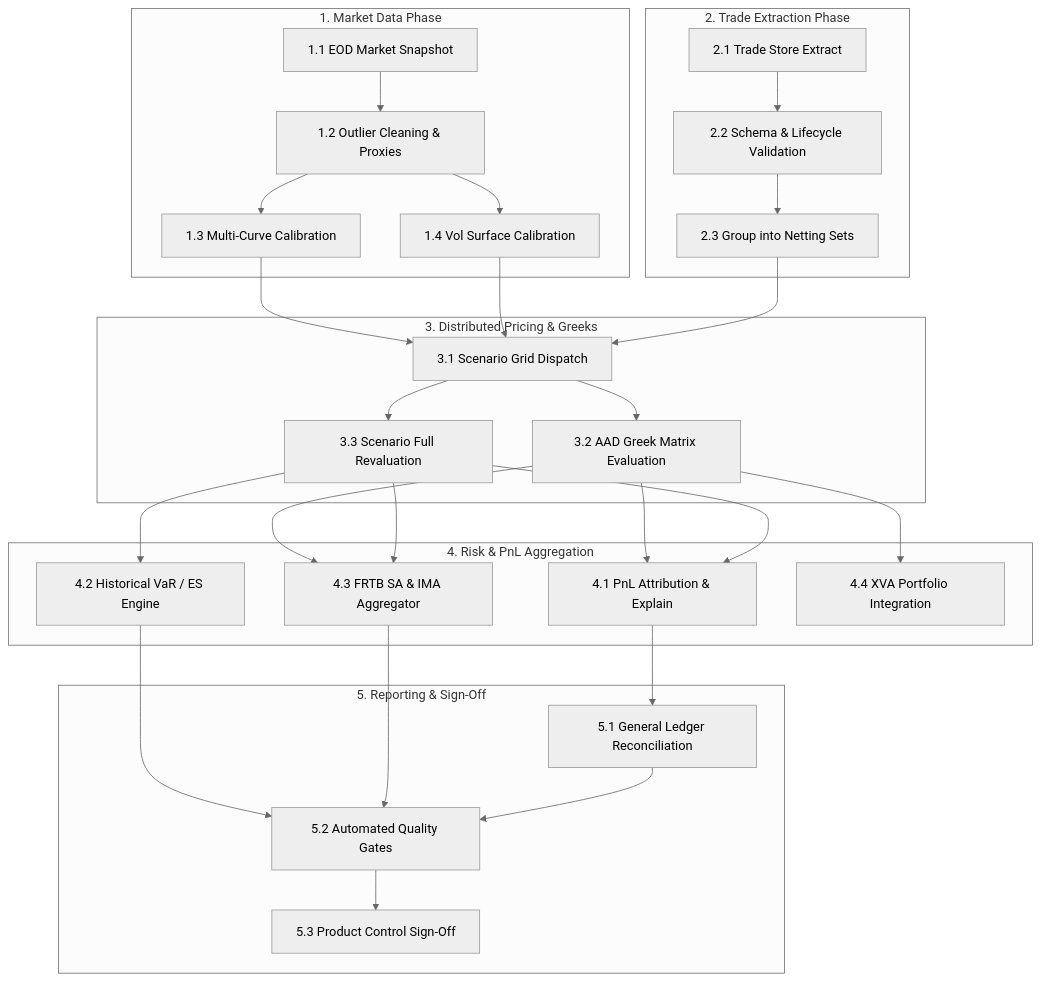
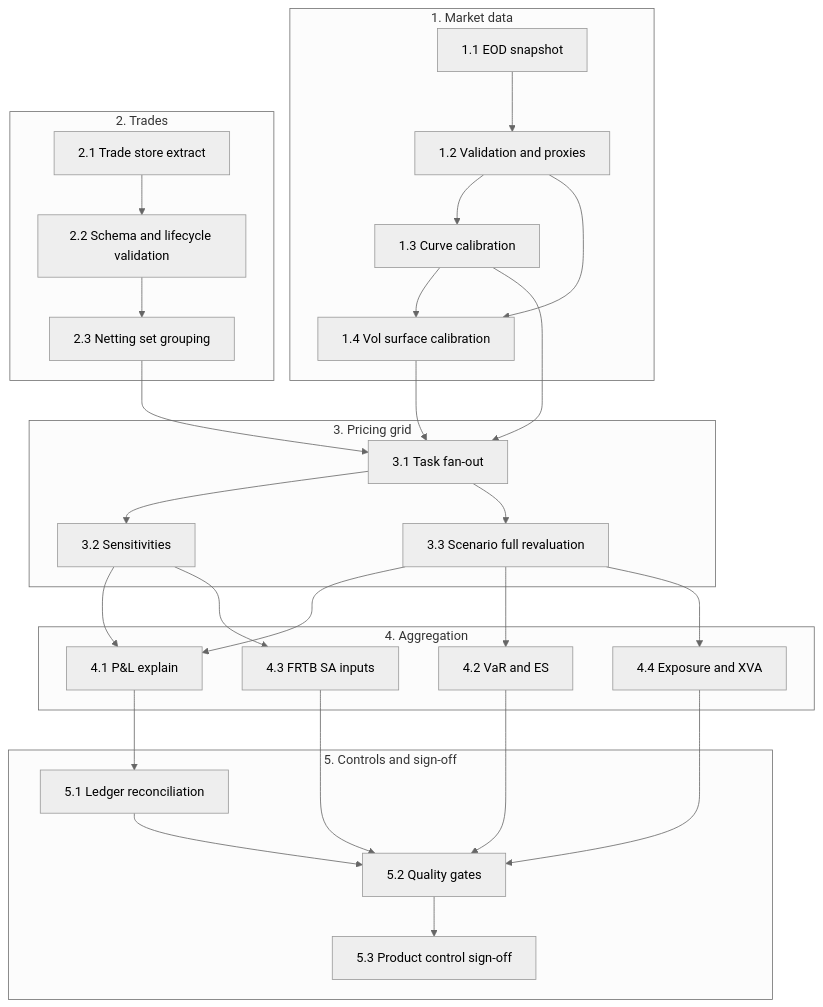
Before and after one commit to shreejitverma/The-Quant-Prep: the first of 5 diagrams in 18-Pricing-and-Risk-Systems/13-EOD-Risk-Batch.md, drawn with Mermaid (neutral theme). The commit also changed other lines of this file and 14 other files, not shown here.

First line of the commit message:
fix(pricing-and-risk-systems): verify notes 13-18 against primary sources and rebuild their checks (#70)

````diff
--- a/18-Pricing-and-Risk-Systems/13-EOD-Risk-Batch.md
+++ b/18-Pricing-and-Risk-Systems/13-EOD-Risk-Batch.md
@@ -67,61 +44,52 @@
 ```mermaid
 flowchart TB
-    subgraph MarketPhase["1. Market Data Phase"]
-        Snap["1.1 EOD Market Snapshot"]
-        Clean["1.2 Outlier Cleaning & Proxies"]
-        CurveCalib["1.3 Multi-Curve Calibration"]
-        VolCalib["1.4 Vol Surface Calibration"]
+    subgraph MarketPhase["1. Market data"]
+        Snap["1.1 EOD snapshot"]
+        Clean["1.2 Validation and proxies"]
+        CurveCalib["1.3 Curve calibration"]
+        VolCalib["1.4 Vol surface calibration"]
     end
-
-    subgraph TradePhase["2. Trade Extraction Phase"]
-        TradeExtract["2.1 Trade Store Extract"]
-        TradeValidate["2.2 Schema & Lifecycle Validation"]
-        NettingGroup["2.3 Group into Netting Sets"]
+    subgraph TradePhase["2. Trades"]
+        TradeExtract["2.1 Trade store extract"]
+        TradeValidate["2.2 Schema and lifecycle validation"]
+        NettingGroup["2.3 Netting set grouping"]
     end
-
-    subgraph PricingPhase["3. Distributed Pricing & Greeks"]
-        GridDispatch["3.1 Scenario Grid Dispatch"]
-        GreeksCalc["3.2 AAD Greek Matrix Evaluation"]
-        FullReval["3.3 Scenario Full Revaluation"]
+    subgraph PricingPhase["3. Pricing grid"]
+        GridDispatch["3.1 Task fan-out"]
+        GreeksCalc["3.2 Sensitivities"]
+        FullReval["3.3 Scenario full revaluation"]
     end
-
-    subgraph RiskAggregation["4. Risk & PnL Aggregation"]
-        PnLExplain["4.1 PnL Attribution & Explain"]
-        VaRCalc["4.2 Historical VaR / ES Engine"]
-        FRTBAgg["4.3 FRTB SA & IMA Aggregator"]
-        XVAEngine["4.4 XVA Portfolio Integration"]
+    subgraph RiskAggregation["4. Aggregation"]
+        PnLExplain["4.1 P&L explain"]
+        VaRCalc["4.2 VaR and ES"]
+        FRTBAgg["4.3 FRTB SA inputs"]
+        XVAEngine["4.4 Exposure and XVA"]
     end
-
-    subgraph SignoffPhase["5. Reporting & Sign-Off"]
-        ReconGL["5.1 General Ledger Reconciliation"]
-        QualityGates["5.2 Automated Quality Gates"]
-        PCSignoff["5.3 Product Control Sign-Off"]
+    subgraph SignoffPhase["5. Controls and sign-off"]
+        ReconGL["5.1 Ledger reconciliation"]
+        QualityGates["5.2 Quality gates"]
+        PCSignoff["5.3 Product control sign-off"]
     end
-
     Snap --> Clean
     Clean --> CurveCalib
     Clean --> VolCalib
-
+    CurveCalib --> VolCalib
     TradeExtract --> TradeValidate
     TradeValidate --> NettingGroup
-
     CurveCalib --> GridDispatch
     VolCalib --> GridDispatch
     NettingGroup --> GridDispatch
-
     GridDispatch --> GreeksCalc
     GridDispatch --> FullReval
-
     GreeksCalc --> PnLExplain
     FullReval --> PnLExplain
     FullReval --> VaRCalc
     GreeksCalc --> FRTBAgg
-    FullReval --> FRTBAgg
-    GreeksCalc --> XVAEngine
-
+    FullReval --> XVAEngine
     PnLExplain --> ReconGL
     VaRCalc --> QualityGates
     FRTBAgg --> QualityGates
+    XVAEngine --> QualityGates
     ReconGL --> QualityGates
     QualityGates --> PCSignoff
 ```
````
